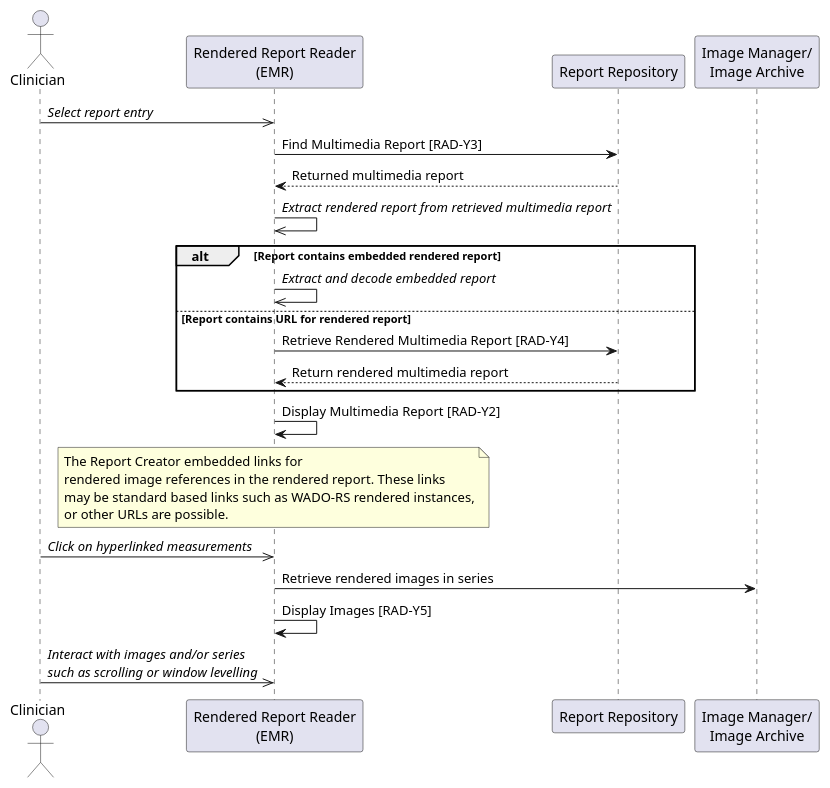
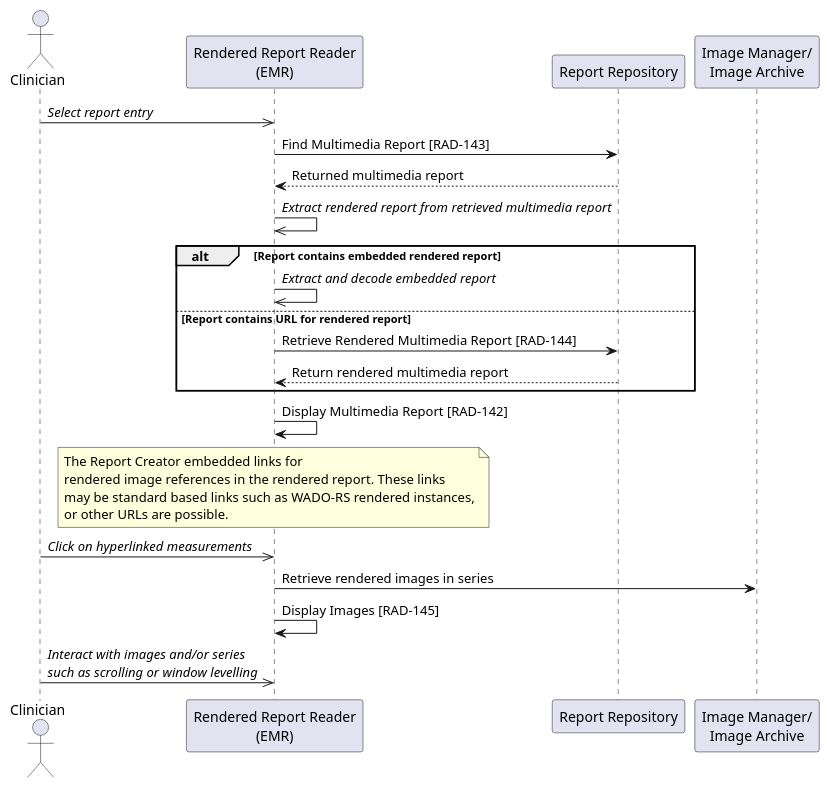
The diagram in input/images-source/uc3-presenting-interactive-report-presentedform.plantuml (IHE/RAD.IMR), drawn with PlantUML before and after one commit. The commit also changed 21 other files, not shown here.

```diff
--- a/input/images-source/uc3-presenting-interactive-report-presentedform.plantuml
+++ b/input/images-source/uc3-presenting-interactive-report-presentedform.plantuml
@@ -1,38 +1,38 @@
 @startuml
 
 actor Clinician as Clinician
 
 participant "Rendered Report Reader\n(EMR)" as EMR
 participant "Report Repository" as Repo
 
 participant "Image Manager/\nImage Archive" as Archive
 
 Clinician->>EMR: //Select report entry//
 
-EMR->Repo: Find Multimedia Report [RAD-Y3]
+EMR->Repo: Find Multimedia Report [RAD-143]
 Repo-->EMR: Returned multimedia report
 
 EMR->>EMR: //Extract rendered report from retrieved multimedia report//
 
 alt Report contains embedded rendered report
 EMR->>EMR: //Extract and decode embedded report//
 else Report contains URL for rendered report
-EMR->Repo: Retrieve Rendered Multimedia Report [RAD-Y4]
+EMR->Repo: Retrieve Rendered Multimedia Report [RAD-144]
 Repo-->EMR: Return rendered multimedia report
 end
 
-EMR->EMR: Display Multimedia Report [RAD-Y2]
+EMR->EMR: Display Multimedia Report [RAD-142]
 note over EMR
 The Report Creator embedded links for
 rendered image references in the rendered report. These links
 may be standard based links such as WADO-RS rendered instances,
 or other URLs are possible.
 end note
 Clinician->>EMR: //Click on hyperlinked measurements//
 
 EMR->Archive: Retrieve rendered images in series
-EMR->EMR: Display Images [RAD-Y5]
+EMR->EMR: Display Images [RAD-145]
 
 Clinician->>EMR: //Interact with images and/or series//\n//such as scrolling or window levelling//
 
 @enduml
```
